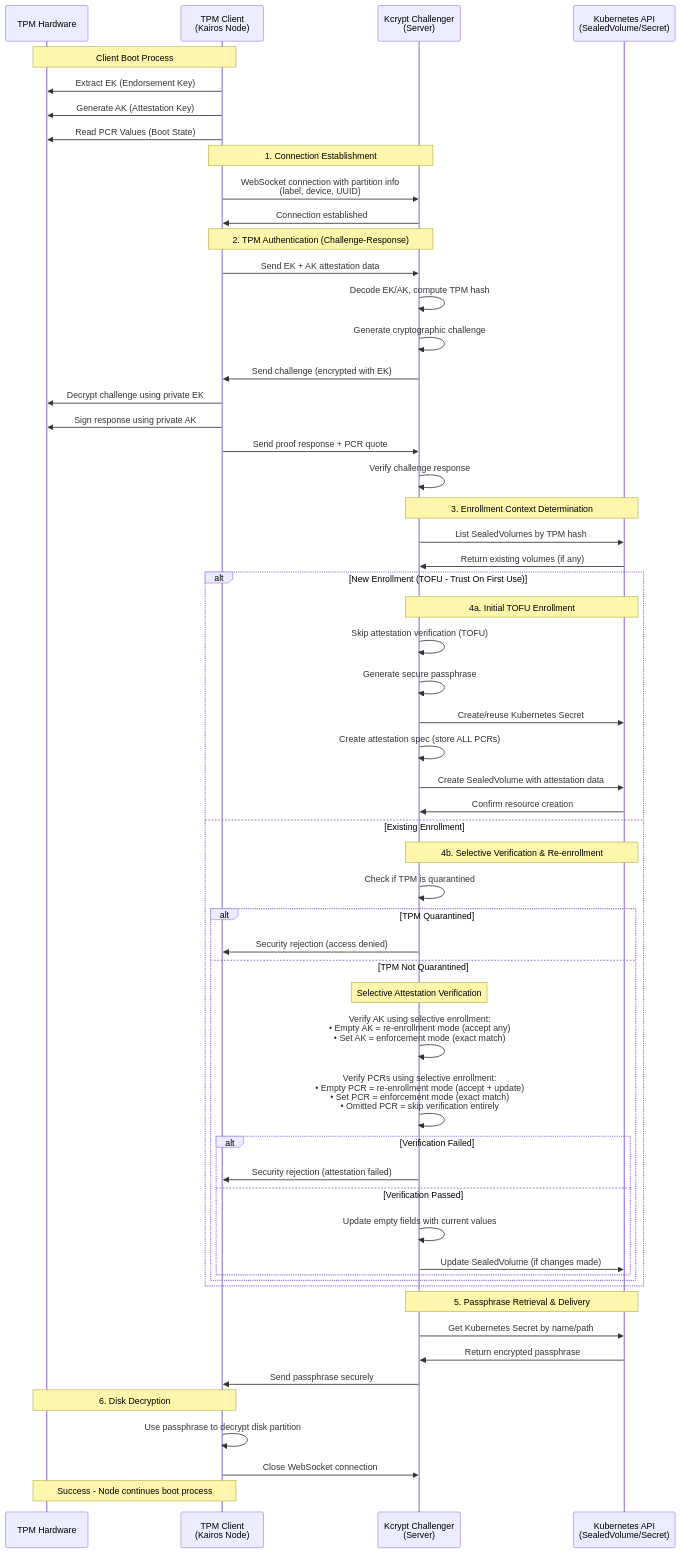
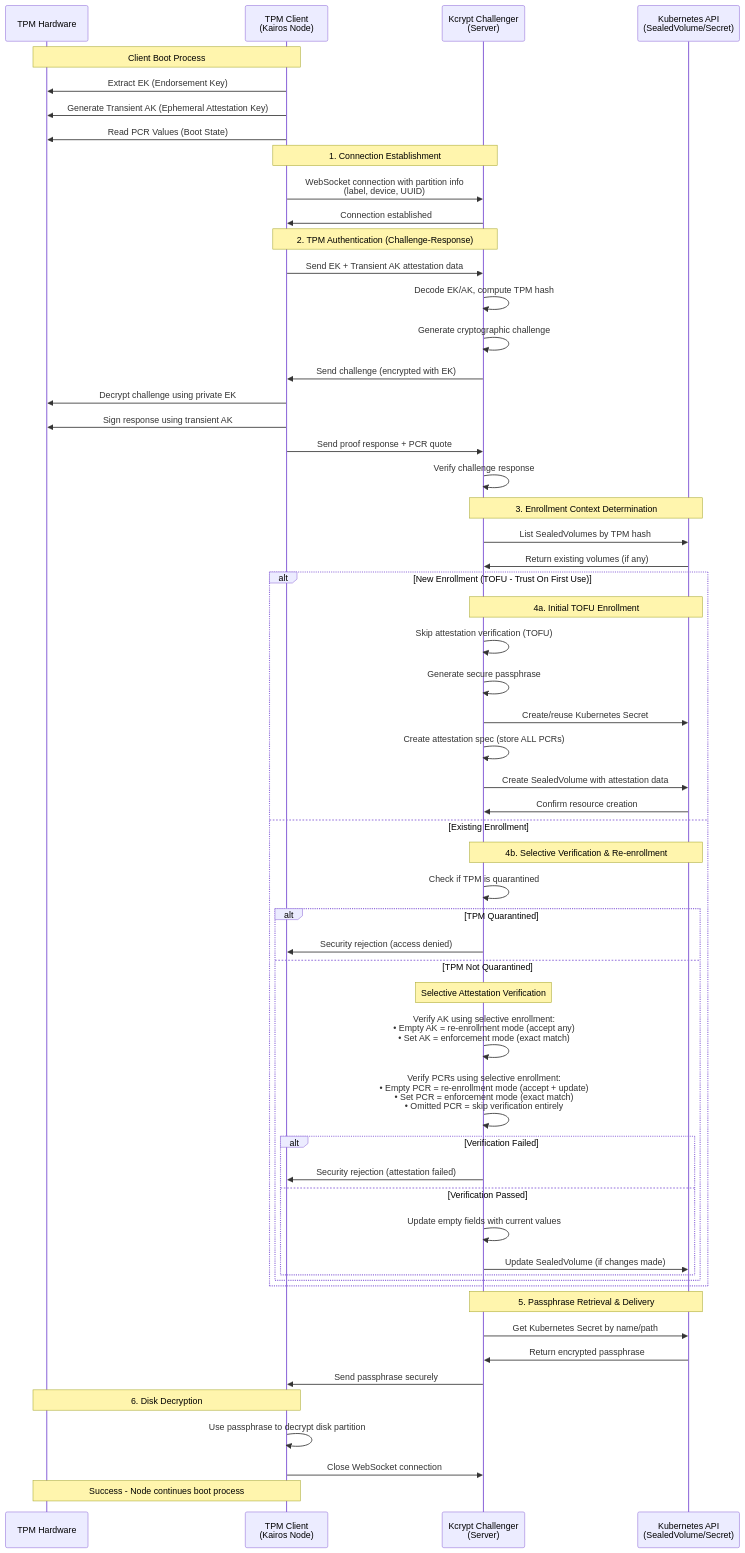
Before and after one commit to kairos-io/kcrypt-discovery-challenger: the diagram in README.md, drawn with Mermaid. The commit also changed other lines of this file and 10 other files, not shown here.

````diff
--- a/README.md
+++ b/README.md
@@ -125,67 +125,67 @@
 ```mermaid
 sequenceDiagram
     participant TPM as TPM Hardware
     participant Client as TPM Client<br/>(Kairos Node)
     participant Challenger as Kcrypt Challenger<br/>(Server)
     participant K8s as Kubernetes API<br/>(SealedVolume/Secret)
 
     Note over TPM,Client: Client Boot Process
     Client->>TPM: Extract EK (Endorsement Key)
-    Client->>TPM: Generate AK (Attestation Key)
+    Client->>TPM: Generate Transient AK (Ephemeral Attestation Key)
     Client->>TPM: Read PCR Values (Boot State)
 
     Note over Client,Challenger: 1. Connection Establishment
     Client->>Challenger: WebSocket connection with partition info<br/>(label, device, UUID)
     Challenger->>Client: Connection established
 
     Note over Client,Challenger: 2. TPM Authentication (Challenge-Response)
-    Client->>Challenger: Send EK + AK attestation data
+    Client->>Challenger: Send EK + Transient AK attestation data
     Challenger->>Challenger: Decode EK/AK, compute TPM hash
     Challenger->>Challenger: Generate cryptographic challenge
     Challenger->>Client: Send challenge (encrypted with EK)
     Client->>TPM: Decrypt challenge using private EK
-    Client->>TPM: Sign response using private AK
+    Client->>TPM: Sign response using transient AK
     Client->>Challenger: Send proof response + PCR quote
     Challenger->>Challenger: Verify challenge response
 
     Note over Challenger,K8s: 3. Enrollment Context Determination
     Challenger->>K8s: List SealedVolumes by TPM hash
     K8s->>Challenger: Return existing volumes (if any)
 
     alt New Enrollment (TOFU - Trust On First Use)
         Note over Challenger,K8s: 4a. Initial TOFU Enrollment
         Challenger->>Challenger: Skip attestation verification (TOFU)
         Challenger->>Challenger: Generate secure passphrase
         Challenger->>K8s: Create/reuse Kubernetes Secret
         Challenger->>Challenger: Create attestation spec (store ALL PCRs)
         Challenger->>K8s: Create SealedVolume with attestation data
         K8s->>Challenger: Confirm resource creation
     else Existing Enrollment
         Note over Challenger,K8s: 4b. Selective Verification & Re-enrollment
         Challenger->>Challenger: Check if TPM is quarantined
         alt TPM Quarantined
             Challenger->>Client: Security rejection (access denied)
         else TPM Not Quarantined
             Note over Challenger: Selective Attestation Verification
             Challenger->>Challenger: Verify AK using selective enrollment:<br/>• Empty AK = re-enrollment mode (accept any)<br/>• Set AK = enforcement mode (exact match)
             Challenger->>Challenger: Verify PCRs using selective enrollment:<br/>• Empty PCR = re-enrollment mode (accept + update)<br/>• Set PCR = enforcement mode (exact match)<br/>• Omitted PCR = skip verification entirely
             alt Verification Failed
                 Challenger->>Client: Security rejection (attestation failed)
             else Verification Passed
                 Challenger->>Challenger: Update empty fields with current values
                 Challenger->>K8s: Update SealedVolume (if changes made)
             end
         end
     end
 
     Note over Challenger,K8s: 5. Passphrase Retrieval & Delivery
     Challenger->>K8s: Get Kubernetes Secret by name/path
     K8s->>Challenger: Return encrypted passphrase
     Challenger->>Client: Send passphrase securely
 
     Note over TPM,Client: 6. Disk Decryption
     Client->>Client: Use passphrase to decrypt disk partition
     Client->>Challenger: Close WebSocket connection
 
     Note over TPM,Client: Success - Node continues boot process
 ```
````
